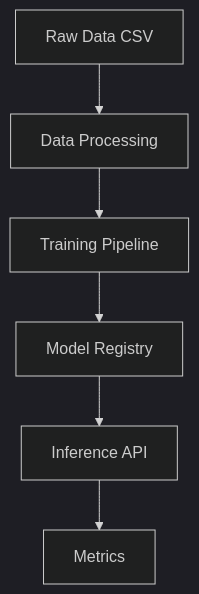
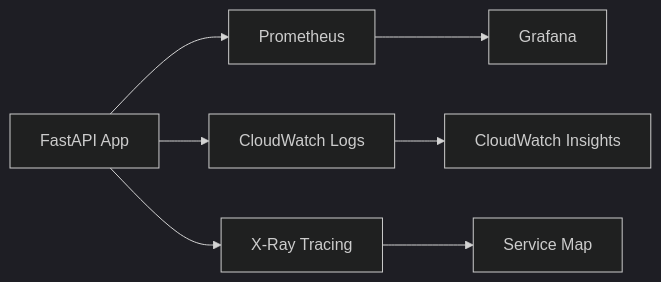
The second of 2 diagrams in TelecomAI-Customer-Intelligence/README.md (DuqueOM/ML-MLOps-Portfolio), drawn with Mermaid (dark theme) before and after one commit. The commit also changed other lines of this file and 1 other file, not shown here.

````diff
--- a/TelecomAI-Customer-Intelligence/README.md
+++ b/TelecomAI-Customer-Intelligence/README.md
@@ -36,8 +1120,9 @@
 ```mermaid
-graph TD
-    A[Raw Data CSV] --> B[Data Processing]
-    B --> C[Training Pipeline]
-    C --> D[Model Registry]
-    D --> E[Inference API]
-    E --> F[Metrics]
+graph LR
+    A[FastAPI App] --> B[Prometheus]
+    A --> C[CloudWatch Logs]
+    B --> D[Grafana]
+    C --> E[CloudWatch Insights]
+    A --> F[X-Ray Tracing]
+    F --> G[Service Map]
 ```
````
